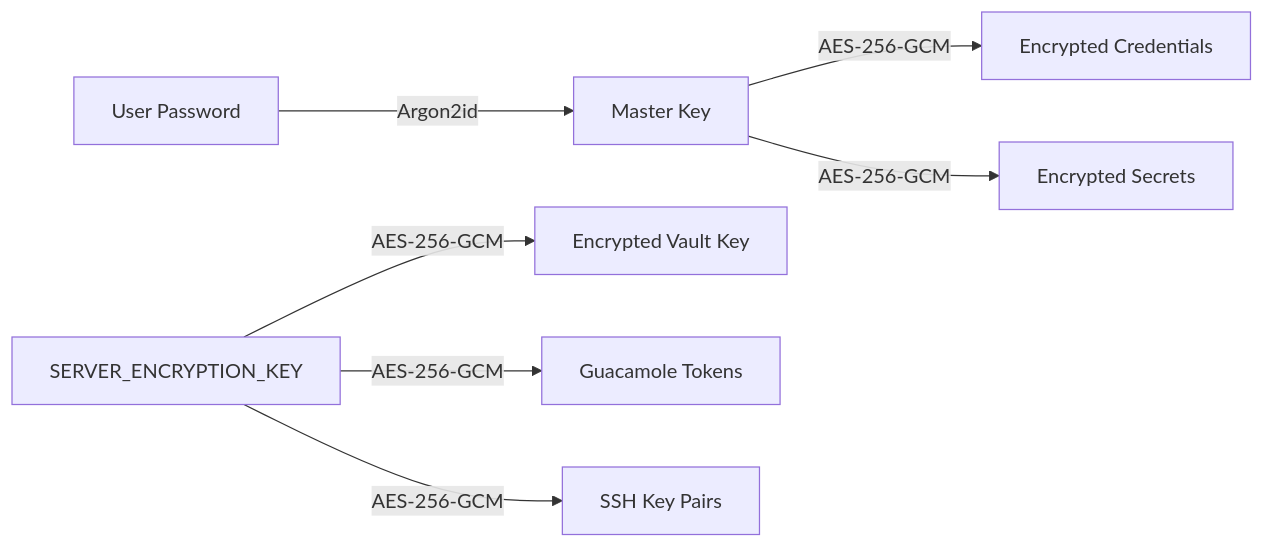
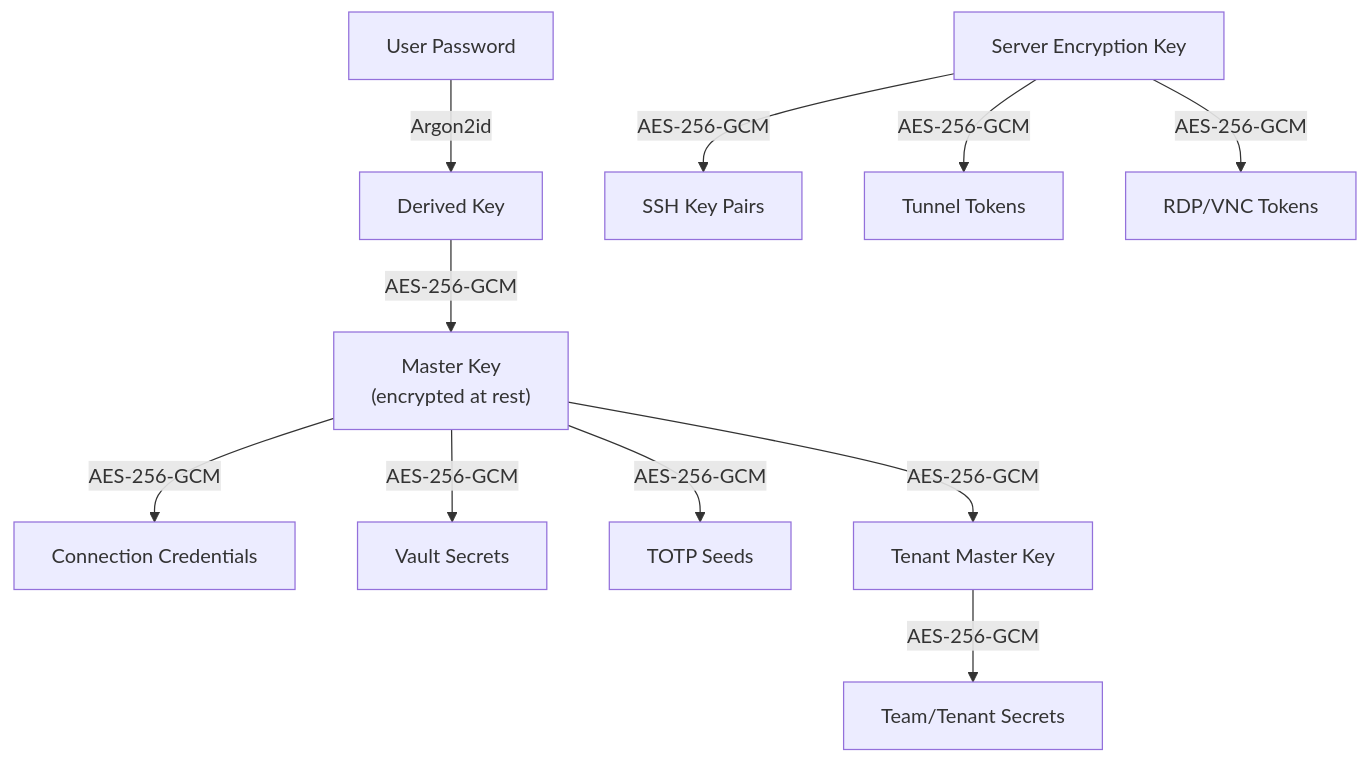
The eighth of 11 diagrams in docs/architecture.md (dnviti/remote-desktop-manager), drawn with Mermaid before and after one commit. The commit also changed other lines of this file and 9 other files, not shown here.

````diff
--- a/docs/architecture.md
+++ b/docs/architecture.md
@@ -324,10 +439,15 @@
 ```mermaid
-flowchart LR
-    Password[User Password] -->|Argon2id| MasterKey[Master Key]
-    MasterKey -->|AES-256-GCM| EncryptedCreds[Encrypted Credentials]
-    MasterKey -->|AES-256-GCM| EncryptedSecrets[Encrypted Secrets]
+flowchart TD
+    Password["User Password"] -->|Argon2id| DerivedKey["Derived Key"]
+    DerivedKey -->|AES-256-GCM| MasterKey["Master Key<br/>(encrypted at rest)"]
+    MasterKey -->|AES-256-GCM| Credentials["Connection Credentials"]
+    MasterKey -->|AES-256-GCM| Secrets["Vault Secrets"]
+    MasterKey -->|AES-256-GCM| TOTP["TOTP Seeds"]
 
-    ServerKey[SERVER_ENCRYPTION_KEY] -->|AES-256-GCM| EncryptedVaultKey[Encrypted Vault Key]
-    ServerKey -->|AES-256-GCM| GuacTokens[Guacamole Tokens]
-    ServerKey -->|AES-256-GCM| SSHKeys[SSH Key Pairs]
+    ServerKey["Server Encryption Key"] -->|AES-256-GCM| SSHKeys["SSH Key Pairs"]
+    ServerKey -->|AES-256-GCM| TunnelTokens["Tunnel Tokens"]
+    ServerKey -->|AES-256-GCM| GuacTokens["RDP/VNC Tokens"]
+
+    TenantKey["Tenant Master Key"] -->|AES-256-GCM| TeamSecrets["Team/Tenant Secrets"]
+    MasterKey -->|AES-256-GCM| TenantKey
 ```
````
